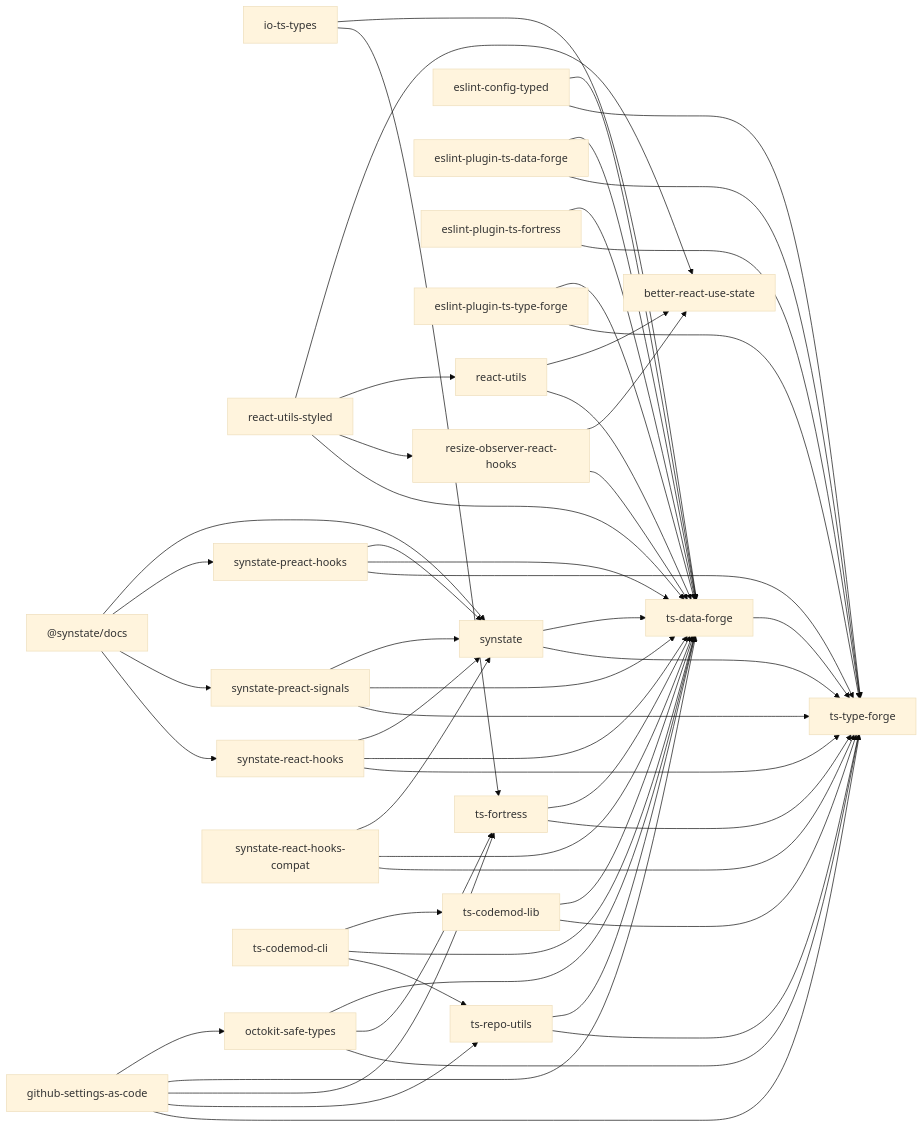
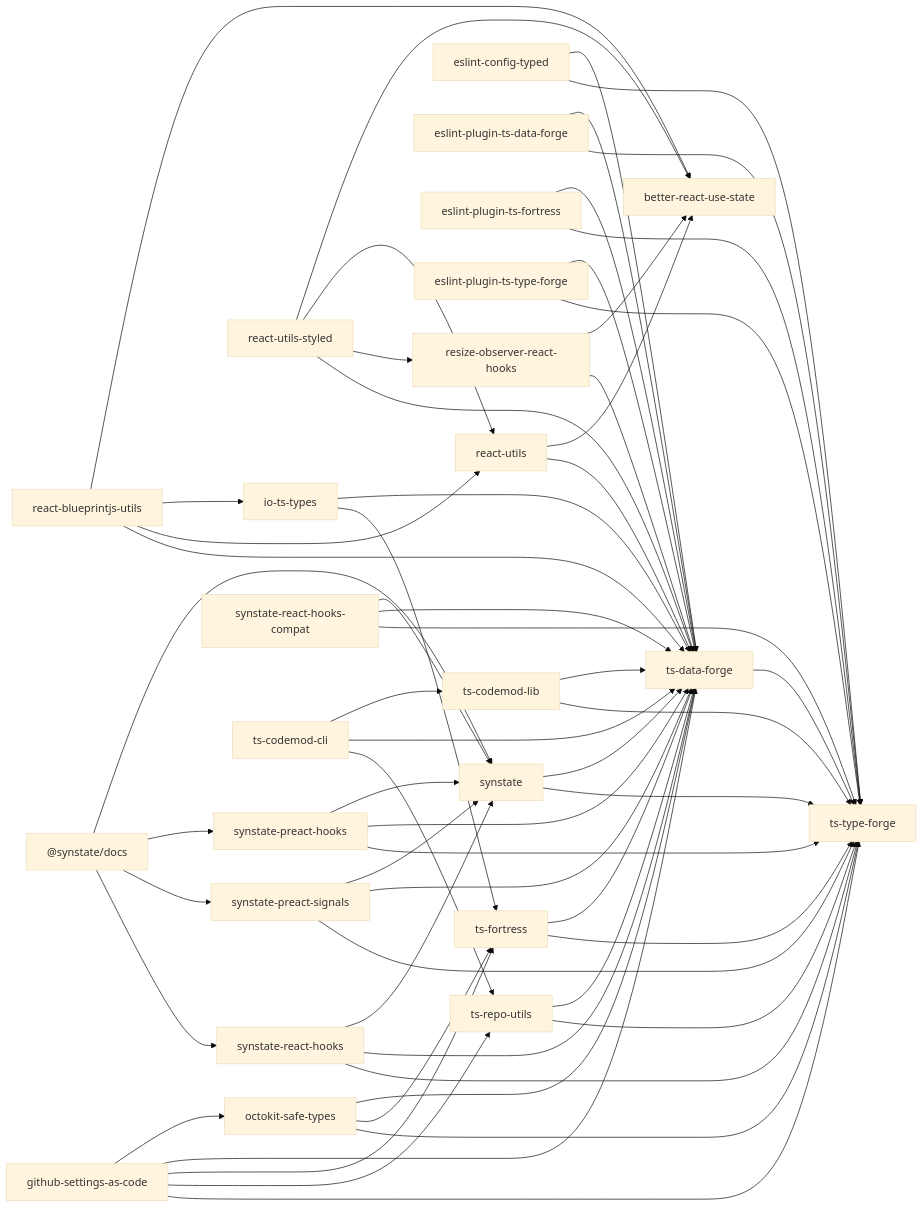
The diagram in docs/package-dependencies.md (noshiro-pf/mono), drawn with Mermaid (base theme) before and after one commit. The commit also changed other lines of this file and 72 other files, not shown here.

First line of the commit message:
feat: restore react-blueprintjs-utils from experimental/

```diff
--- a/docs/package-dependencies.md
+++ b/docs/package-dependencies.md
@@ -14,6 +14,7 @@
 graph LR
   better_react_use_state["better-react-use-state"]
   io_ts_types["io-ts-types"]
+  react_blueprintjs_utils["react-blueprintjs-utils"]
   react_utils["react-utils"]
   react_utils_styled["react-utils-styled"]
   resize_observer_react_hooks["resize-observer-react-hooks"]
@@ -37,6 +38,10 @@
   ts_type_forge["ts-type-forge"]
   io_ts_types --> ts_data_forge
   io_ts_types --> ts_fortress
+  react_blueprintjs_utils --> better_react_use_state
+  react_blueprintjs_utils --> io_ts_types
+  react_blueprintjs_utils --> react_utils
+  react_blueprintjs_utils --> ts_data_forge
   react_utils --> better_react_use_state
   react_utils --> ts_data_forge
   react_utils_styled --> better_react_use_state
```
